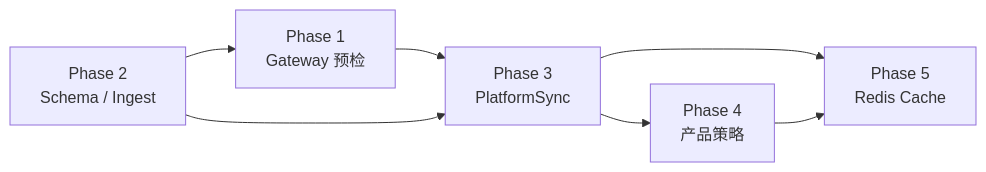
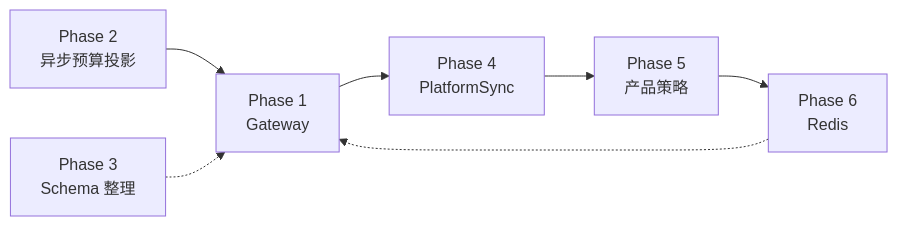
The first of 3 diagrams in docs/架构简化-分阶段详解.md (quyip8818/mytokenjoy), drawn with Mermaid before and after one commit. The commit also changed other lines of this file and 108 other files, not shown here.

````diff
--- a/docs/架构简化-分阶段详解.md
+++ b/docs/架构简化-分阶段详解.md
@@ -11,15 +12,16 @@
 ```mermaid
 flowchart LR
-  P1[Phase 1<br/>Gateway 预检]
-  P2[Phase 2<br/>Schema / Ingest]
-  P3[Phase 3<br/>PlatformSync]
-  P4[Phase 4<br/>产品策略]
-  P5[Phase 5<br/>Redis Cache]
+  P1[Phase 1<br/>Gateway]
+  P2[Phase 2<br/>异步预算投影]
+  P3[Phase 3<br/>Schema 整理]
+  P4[Phase 4<br/>PlatformSync]
+  P5[Phase 5<br/>产品策略]
+  P6[Phase 6<br/>Redis]
 
   P2 --> P1
-  P1 --> P3
-  P2 --> P3
-  P3 --> P4
-  P3 --> P5
+  P1 --> P4
+  P3 -.-> P1
   P4 --> P5
+  P5 --> P6
+  P6 -.-> P1
 ```
````
